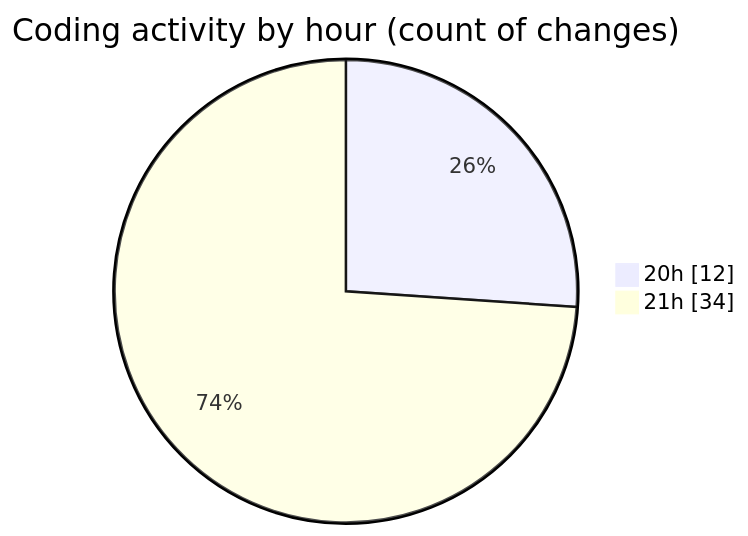
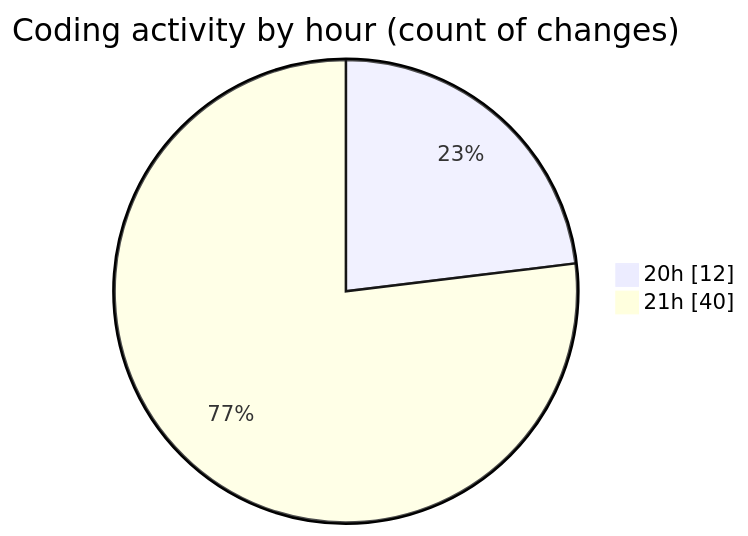
The second of 2 diagrams in 2025-04-24/echo/README.md (Netris89/code-tracking), drawn with Mermaid before and after one commit. The commit also changed other lines of this file and 1 other file, not shown here.

````diff
--- a/2025-04-24/echo/README.md
+++ b/2025-04-24/echo/README.md
@@ -30,6 +30,6 @@
 ```mermaid
 pie showData
 title Coding activity by hour (count of changes)
 "20h" : 12
-"21h" : 34
+"21h" : 40
 ```
````
